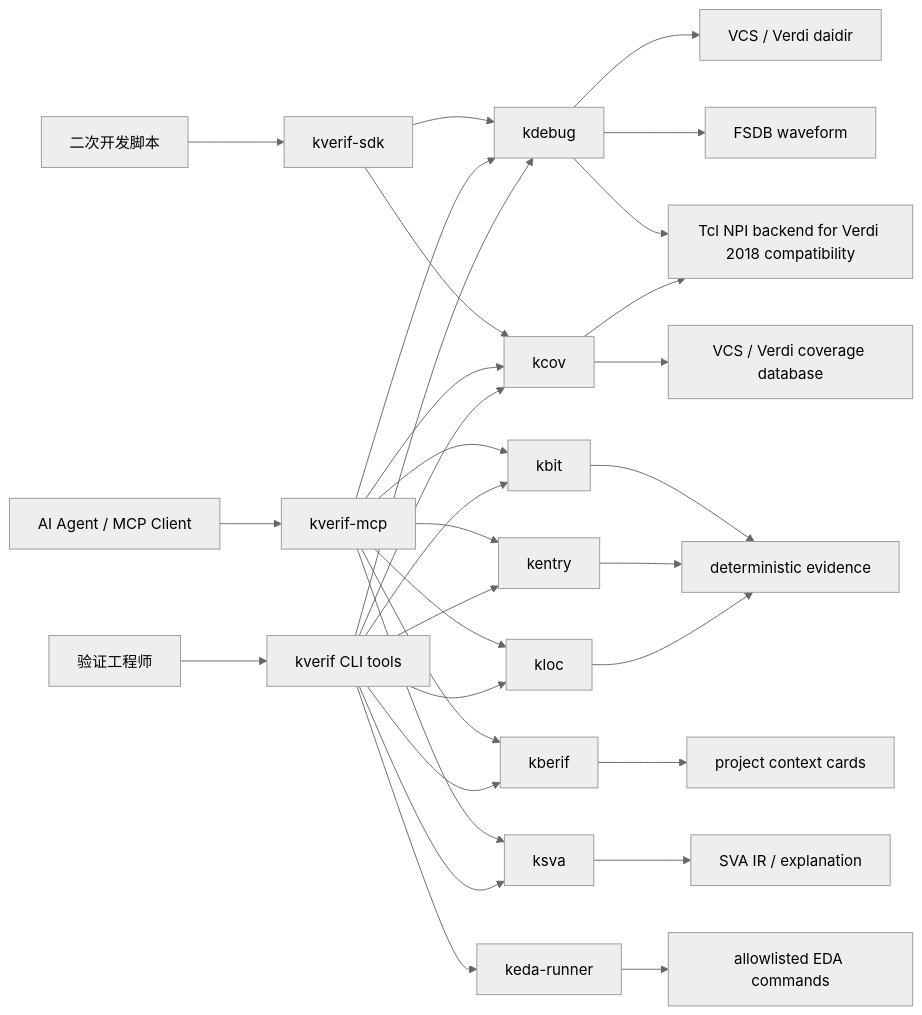
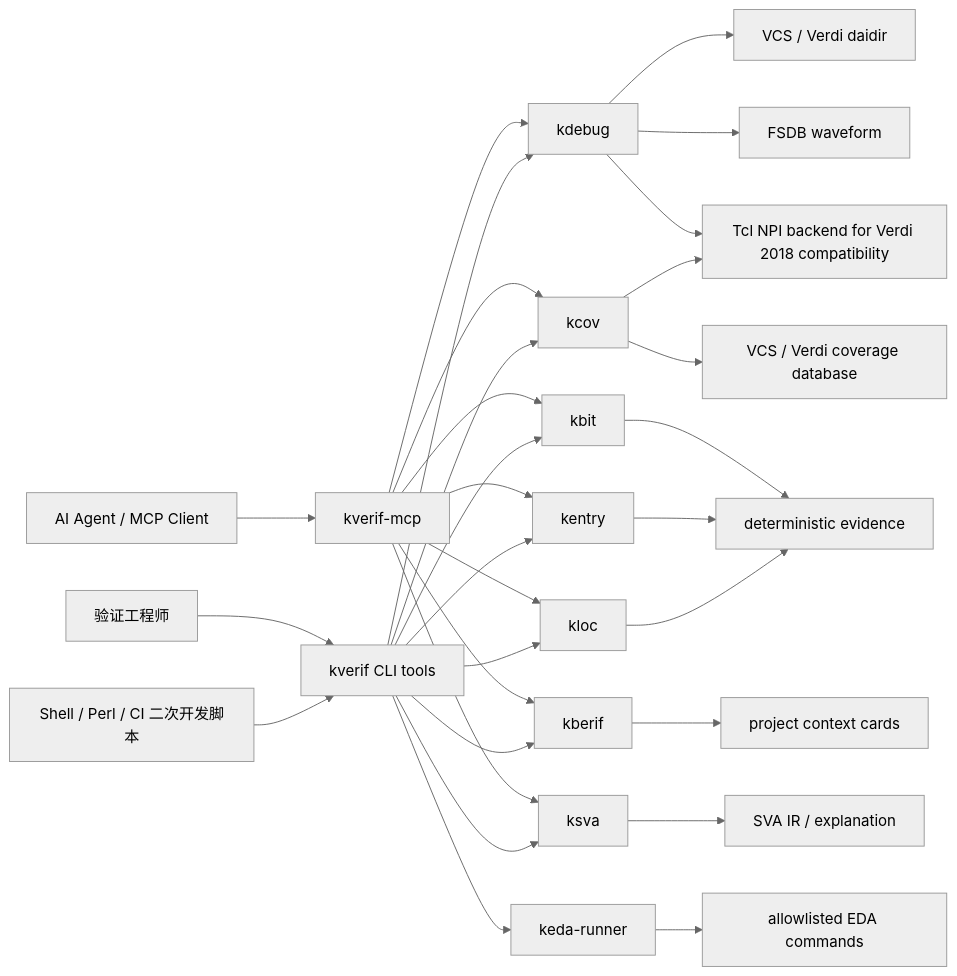
Before and after one commit to ysyx-22040210-yudian/xverif: the first of 6 diagrams in README.md, drawn with Mermaid (neutral theme). The commit also changed other lines of this file and 31 other files, not shown here.

````diff
--- a/README.md
+++ b/README.md
@@ -34,39 +34,36 @@
 ```mermaid
 flowchart LR
     User["验证工程师"] --> CLI["kverif CLI tools"]
-    Developer["二次开发脚本"] --> SDK["kverif-sdk"]
+    Developer["Shell / Perl / CI 二次开发脚本"] --> CLI
     Agent["AI Agent / MCP Client"] --> MCP["kverif-mcp"]
-
-    SDK --> KDEBUG
-    SDK --> KCOV
 
     MCP --> KDEBUG["kdebug"]
     MCP --> KCOV["kcov"]
     MCP --> KBIT["kbit"]
     MCP --> KENTRY["kentry"]
     MCP --> KLOC["kloc"]
     MCP --> KBERIF["kberif"]
     MCP --> KSVA["ksva"]
 
     CLI --> KDEBUG
     CLI --> KCOV
     CLI --> KBIT
     CLI --> KENTRY
     CLI --> KLOC
     CLI --> KBERIF
     CLI --> KSVA
     CLI --> KEDA["keda-runner"]
 
     KDEBUG --> RTLDB["VCS / Verdi daidir"]
     KDEBUG --> FSDB["FSDB waveform"]
     KDEBUG --> TCL["Tcl NPI backend for Verdi 2018 compatibility"]
     KCOV --> VDB["VCS / Verdi coverage database"]
     KCOV --> TCL
     KEDA --> EDA["allowlisted EDA commands"]
 
     KBIT --> FACTS["deterministic evidence"]
     KENTRY --> FACTS
     KLOC --> FACTS
     KBERIF --> CONTEXT["project context cards"]
     KSVA --> IR["SVA IR / explanation"]
 ```
````
